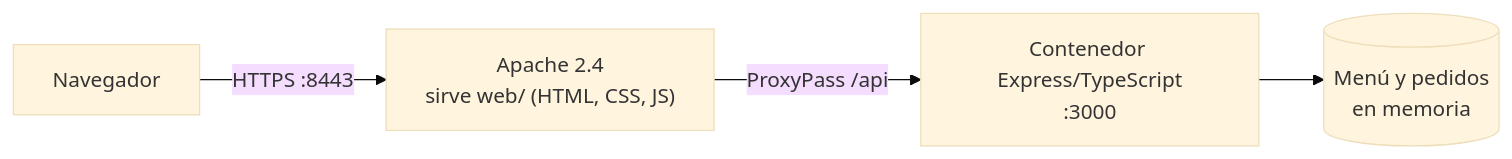
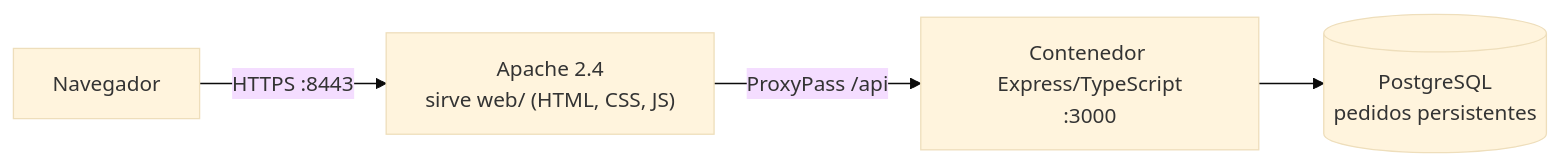
Before and after one commit to JeffersonUU7/mama-toyo-pedidos: the first of 2 diagrams in README.md, drawn with Mermaid (base theme). The commit also changed other lines of this file and 1 other file, not shown here.

````diff
--- a/README.md
+++ b/README.md
@@ -12,6 +12,6 @@
 ```mermaid
 flowchart LR
     N["Navegador"] -- "HTTPS :8443" --> A["Apache 2.4<br/>sirve web/ (HTML, CSS, JS)"]
     A -- "ProxyPass /api" --> E["Contenedor Express/TypeScript<br/>:3000"]
-    E --> D[("Menú y pedidos<br/>en memoria")]
+    E --> D[("PostgreSQL<br/>pedidos persistentes")]
 ```
````
